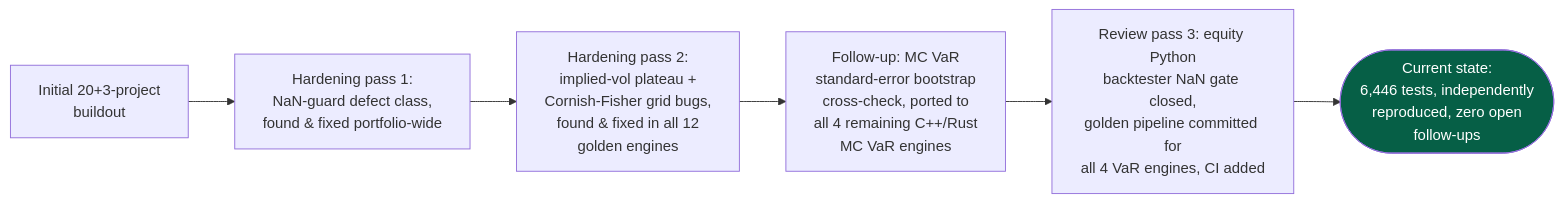
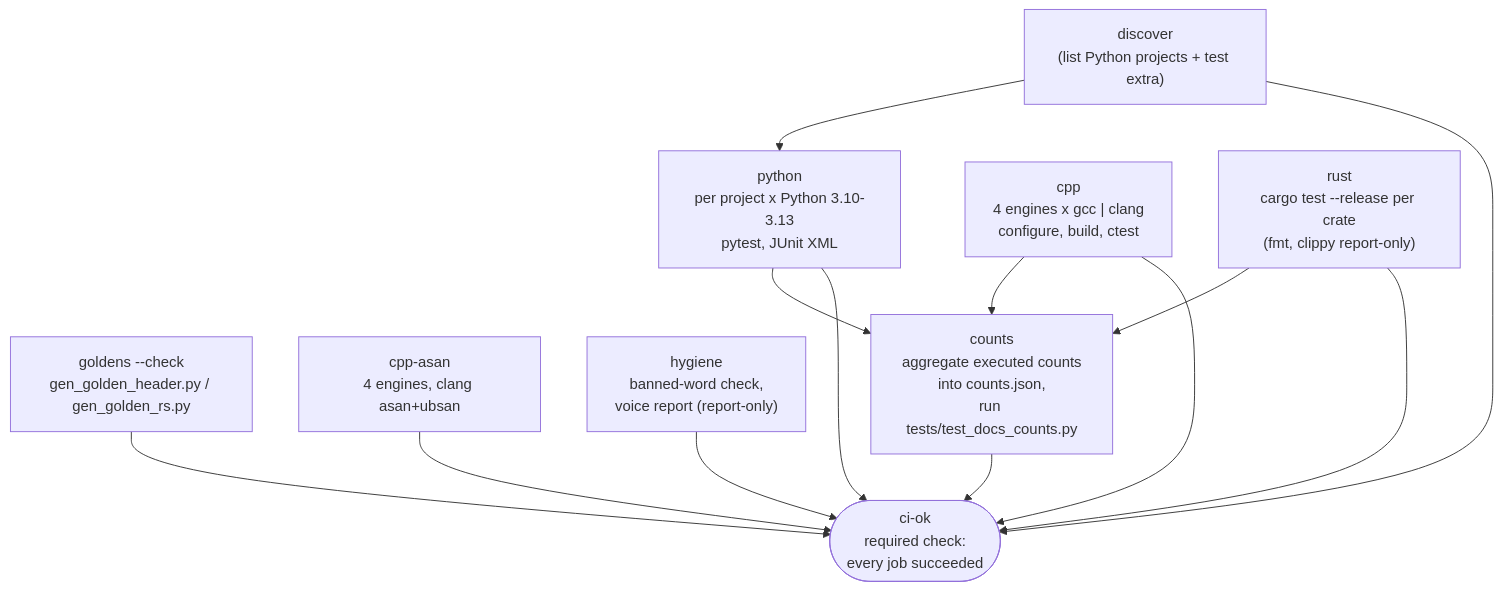
Before and after one commit to AshJha0/quant-portfolio: the sixth of 6 diagrams in docs/DIAGRAMS.md, drawn with Mermaid. The commit also changed other lines of this file and 2 other files, not shown here.

First line of the commit message:
docs: correct ARCHITECTURE, DIAGRAMS, MARKET_RISK to current conventions

````diff
--- a/docs/DIAGRAMS.md
+++ b/docs/DIAGRAMS.md
@@ -360,10 +194,18 @@
 ```mermaid
-flowchart LR
-    V1["Initial 20+3-project<br/>buildout"] --> V2["Hardening pass 1:<br/>NaN-guard defect class,<br/>found & fixed portfolio-wide"]
-    V2 --> V3["Hardening pass 2:<br/>implied-vol plateau +<br/>Cornish-Fisher grid bugs,<br/>found & fixed in all 12<br/>golden engines"]
-    V3 --> V4["Follow-up: MC VaR<br/>standard-error bootstrap<br/>cross-check, ported to<br/>all 4 remaining C++/Rust<br/>MC VaR engines"]
-    V4 --> V6["Review pass 3: equity Python<br/>backtester NaN gate closed,<br/>golden pipeline committed for<br/>all 4 VaR engines, CI added"]
-    V6 --> V5(["Current state:<br/>6,446 tests, independently<br/>reproduced, zero open<br/>follow-ups"])
+flowchart TD
+    DISC["discover<br/>(list Python projects + test extra)"]
+    PY["python<br/>per project x Python 3.10-3.13<br/>pytest, JUnit XML"]
+    GOLD["goldens --check<br/>gen_golden_header.py / gen_golden_rs.py"]
+    CPP["cpp<br/>4 engines x gcc | clang<br/>configure, build, ctest"]
+    ASAN["cpp-asan<br/>4 engines, clang asan+ubsan"]
+    RUST["rust<br/>cargo test --release per crate<br/>(fmt, clippy report-only)"]
+    HYG["hygiene<br/>banned-word check,<br/>voice report (report-only)"]
+    CNT["counts<br/>aggregate executed counts<br/>into counts.json,<br/>run tests/test_docs_counts.py"]
+    OK(["ci-ok<br/>required check:<br/>every job succeeded"])
 
-    style V5 fill:#065f46,color:#fff
+    DISC --> PY
+    PY --> CNT
+    CPP --> CNT
+    RUST --> CNT
+    DISC & PY & GOLD & CPP & ASAN & RUST & HYG & CNT --> OK
 ```
````
